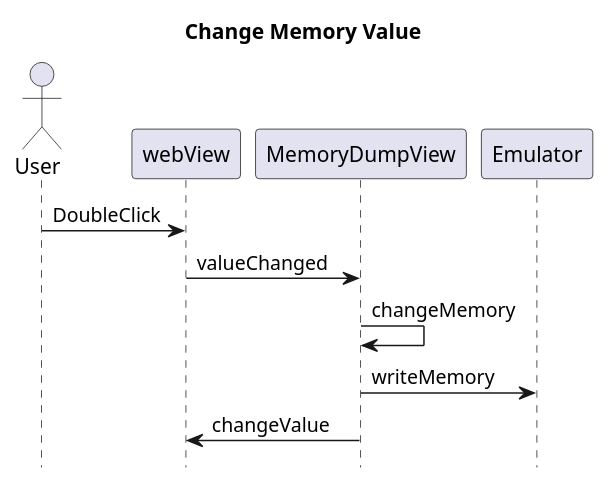
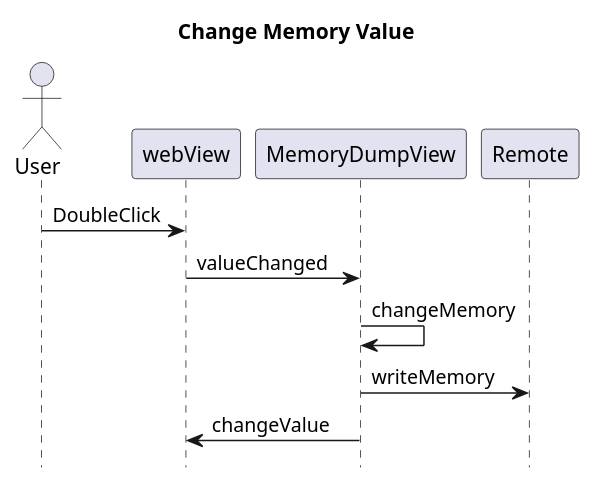
Before and after one commit to maziac/DeZog: the third of 9 diagrams in design/design.md, drawn with PlantUML. The commit also changed other lines of this file and 3 other files, not shown here.

````diff
--- a/design/design.md
+++ b/design/design.md
@@ -281,10 +267,10 @@
 ```puml
 hide footbox
 title Change Memory Value
 actor User
 User -> webView: DoubleClick
 webView -> MemoryDumpView: valueChanged
 MemoryDumpView -> MemoryDumpView: changeMemory
-MemoryDumpView -> Emulator: writeMemory
+MemoryDumpView -> Remote: writeMemory
 webView <- MemoryDumpView: changeValue
 ```
````
